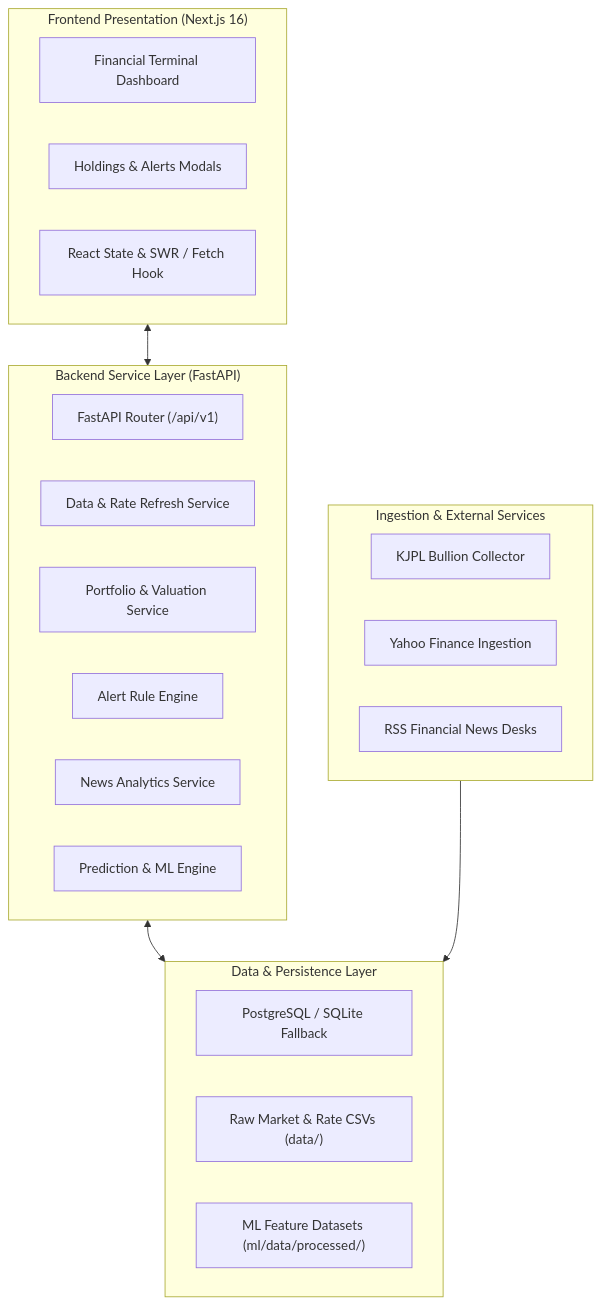
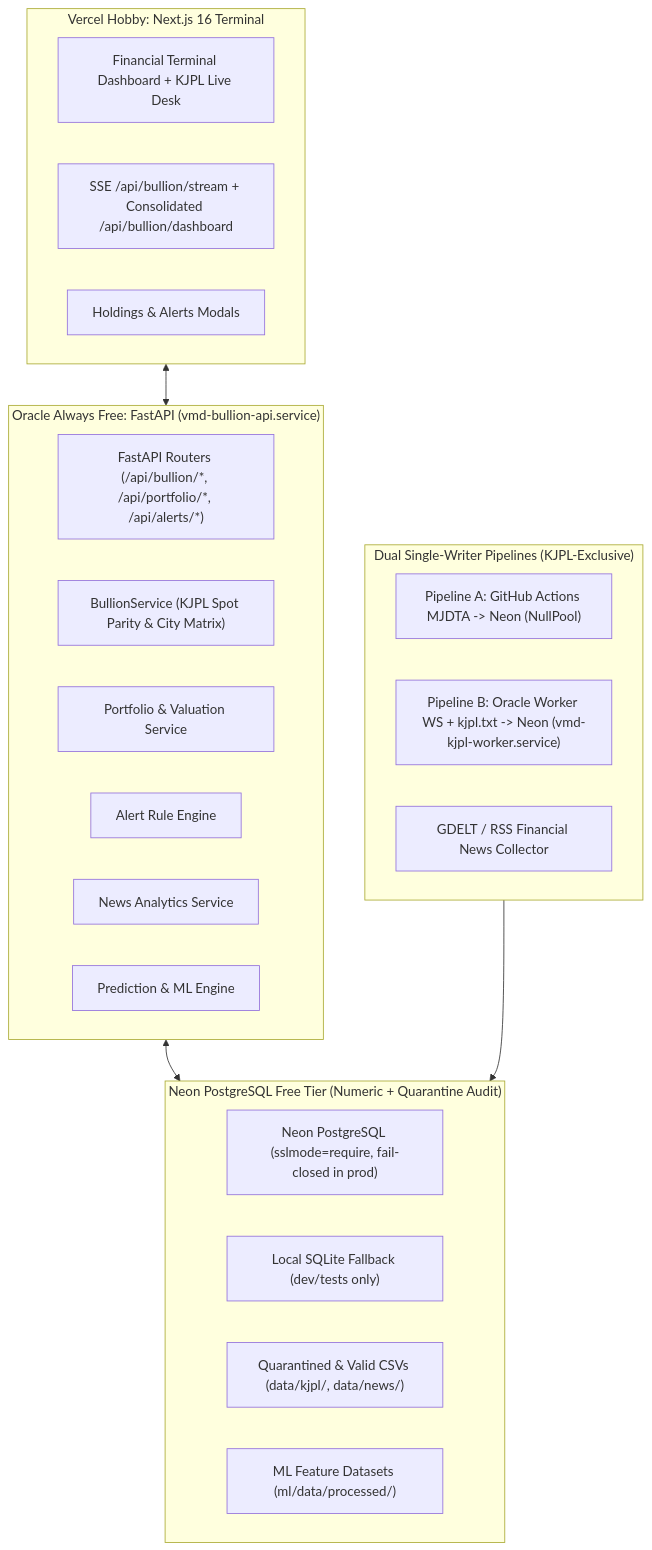
The diagram in docs/architecture/SYSTEM_ARCHITECTURE.md (Dhruv-vm/GoldSense-AI), drawn with Mermaid before and after one commit. The commit also changed other lines of this file and 34 other files, not shown here.

Commit message:
docs: add audited bullion datasets and research documentation

````diff
--- a/docs/architecture/SYSTEM_ARCHITECTURE.md
+++ b/docs/architecture/SYSTEM_ARCHITECTURE.md
@@ -6,33 +6,34 @@
 ```mermaid
 flowchart TB
-    subgraph UI_Layer["Frontend Presentation (Next.js 16)"]
-        Dashboard["Financial Terminal Dashboard"]
+    subgraph UI_Layer["Vercel Hobby: Next.js 16 Terminal"]
+        Dashboard["Financial Terminal Dashboard + KJPL Live Desk"]
+        SSE["SSE /api/bullion/stream + Consolidated /api/bullion/dashboard"]
         Modals["Holdings & Alerts Modals"]
-        State["React State & SWR / Fetch Hook"]
     end
 
-    subgraph API_Layer["Backend Service Layer (FastAPI)"]
-        Router["FastAPI Router (/api/v1)"]
-        MarketSvc["Data & Rate Refresh Service"]
+    subgraph API_Layer["Oracle Always Free: FastAPI (vmd-bullion-api.service)"]
+        Router["FastAPI Routers (/api/bullion/*, /api/portfolio/*, /api/alerts/*)"]
+        BullionSvc["BullionService (KJPL Spot Parity & City Matrix)"]
         PortfolioSvc["Portfolio & Valuation Service"]
         AlertsSvc["Alert Rule Engine"]
         NewsSvc["News Analytics Service"]
         PredSvc["Prediction & ML Engine"]
     end
 
-    subgraph Storage_Layer["Data & Persistence Layer"]
-        Postgres["PostgreSQL / SQLite Fallback"]
-        RawCSV["Raw Market & Rate CSVs (data/)"]
+    subgraph Storage_Layer["Neon PostgreSQL Free Tier (Numeric + Quarantine Audit)"]
+        Postgres["Neon PostgreSQL (sslmode=require, fail-closed in prod)"]
+        SQLiteDev["Local SQLite Fallback (dev/tests only)"]
+        AuditedCSV["Quarantined & Valid CSVs (data/kjpl/, data/news/)"]
         MLCSV["ML Feature Datasets (ml/data/processed/)"]
     end
 
-    subgraph Collector_Layer["Ingestion & External Services"]
-        KJPLScraper["KJPL Bullion Collector"]
-        YFinance["Yahoo Finance Ingestion"]
-        NewsCollector["RSS Financial News Desks"]
+    subgraph Collector_Layer["Dual Single-Writer Pipelines (KJPL-Exclusive)"]
+        PipelineA["Pipeline A: GitHub Actions MJDTA -> Neon (NullPool)"]
+        PipelineB["Pipeline B: Oracle Worker WS + kjpl.txt -> Neon (vmd-kjpl-worker.service)"]
+        NewsCollector["GDELT / RSS Financial News Collector"]
     end
 
     UI_Layer <--> API_Layer
     API_Layer <--> Storage_Layer
     Collector_Layer --> Storage_Layer
 ```
````
